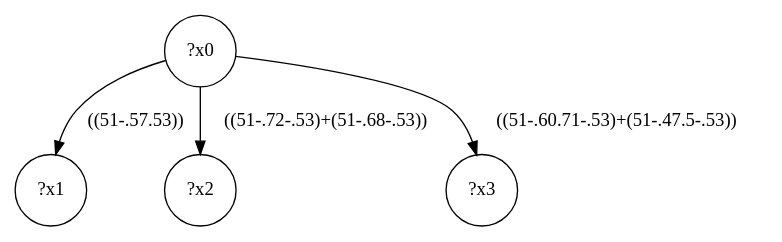
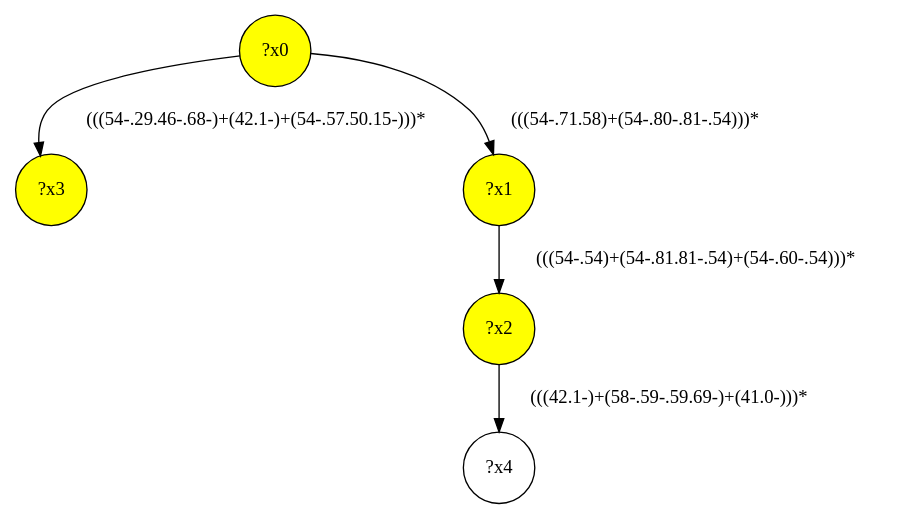
One commit to MathieuGicquel/federated-benchmark changed the diagram in lib/gmark/demo/shop/shop-interface/query-43.dot. Above: the diagram before and after it, drawn with Graphviz. The commit also changed 354 other files, not shown here.

```diff
--- a/lib/gmark/demo/shop/shop-interface/query-43.dot
+++ b/lib/gmark/demo/shop/shop-interface/query-43.dot
@@ -1,9 +1,11 @@
 digraph g {
-	x0 [shape=circle, label="?x0"];
-	x1 [shape=circle, label="?x1"];
-	x0 -> x1 [label="((51-.57.53))"];
-	x2 [shape=circle, label="?x2"];
-	x0 -> x2 [label="((51-.72-.53)+(51-.68-.53))"];
-	x3 [shape=circle, label="?x3"];
-	x0 -> x3 [label="((51-.60.71-.53)+(51-.47.5-.53))"];
+	x3 [fillcolor="yellow", style="filled," shape=circle, label="?x3"];
+	x2 [fillcolor="yellow", style="filled," shape=circle, label="?x2"];
+	x1 [fillcolor="yellow", style="filled," shape=circle, label="?x1"];
+	x0 [fillcolor="yellow", style="filled," shape=circle, label="?x0"];
+	x0 -> x1 [label="(((54-.71.58)+(54-.80-.81-.54)))*"];
+	x1 -> x2 [label="(((54-.54)+(54-.81.81-.54)+(54-.60-.54)))*"];
+	x0 -> x3 [label="(((54-.29.46-.68-)+(42.1-)+(54-.57.50.15-)))*"];
+	x4 [shape=circle, label="?x4"];
+	x2 -> x4 [label="(((42.1-)+(58-.59-.59.69-)+(41.0-)))*"];
 }
```
